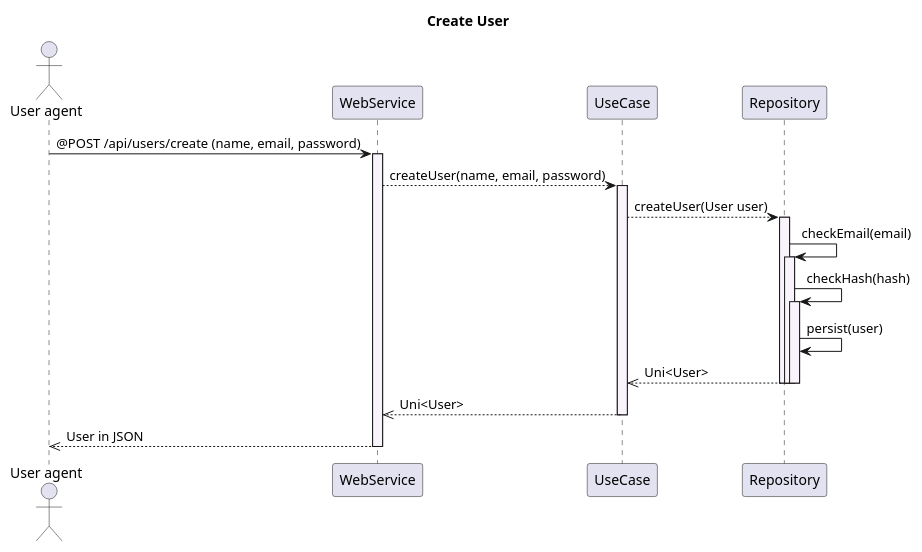
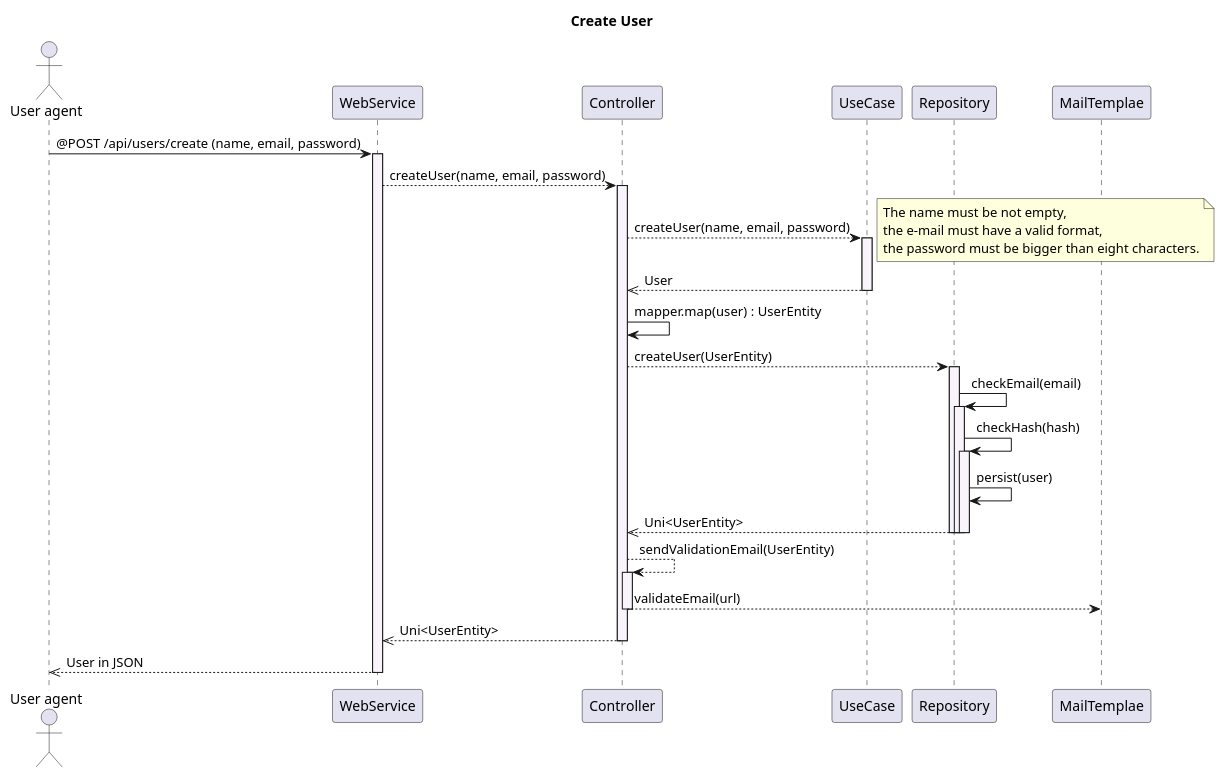
Before and after one commit to orion-services/users: the diagram in docs/usecases/CreateUser/sequence.puml, drawn with PlantUML. The commit also changed 79 other files, not shown here.

Commit message:
Clean architecture refactor #53

```diff
--- a/docs/usecases/CreateUser/sequence.puml
+++ b/docs/usecases/CreateUser/sequence.puml
@@ -1,33 +1,53 @@
 @startuml
 
 title Create User
 actor "User agent"
 
+' User agente sends a request to endpoint /api/users/create to create a user
 "User agent" -> WebService: @POST /api/users/create (name, email, password)
 activate WebService #F9F3FC
+WebService --> Controller : createUser(name, email, password)
+activate Controller #F9F3FC
 
-WebService --> UseCase : createUser(name, email, password)
+' Controller creates a User object (POJO) through the use case
+Controller --> UseCase : createUser(name, email, password)
 activate UseCase #F9F3FC
+note right
+    The name must be not empty,
+    the e-mail must have a valid format,
+    the password must be bigger than eight characters.
+end note
+UseCase -->> Controller : User
+deactivate UseCase
 
-UseCase --> Repository : createUser(User user)
+' Contoller converts the User to UserEntity
+Controller -> Controller : mapper.map(user) : UserEntity
+
+'Repository checks if the e-mail and hash already existe in the data base
+'and persists the UserEntity
+Controller --> Repository : createUser(UserEntity)
 activate Repository #F9F3FC
 Repository -> Repository: checkEmail(email)
 activate Repository #F9F3FC
-
 Repository -> Repository: checkHash(hash)
 activate Repository #F9F3FC
-
 Repository -> Repository: persist(user)
-Repository -->> UseCase : Uni<User>
-
+Repository -->> Controller : Uni<UserEntity>
 deactivate Repository
 deactivate Repository
 deactivate Repository
 
-UseCase -->> WebService : Uni<User>
-deactivate UseCase
+' Controller sends a validation code/url to the user's e-mail
+Controller --> Controller : sendValidationEmail(UserEntity)
+activate Controller #F9F3FC
+Controller --> MailTemplae : validateEmail(url)
+deactivate Controller #F9F3FC
 
+' Controller returns the UserEntity to the WebService
+Controller -->> WebService : Uni<UserEntity>
+deactivate Controller #F9F3FC
+
+' WebService returns the UserEntity to the User agent in JSON
 WebService -->> "User agent" : User in JSON
 deactivate WebService
-
 @enduml
```
